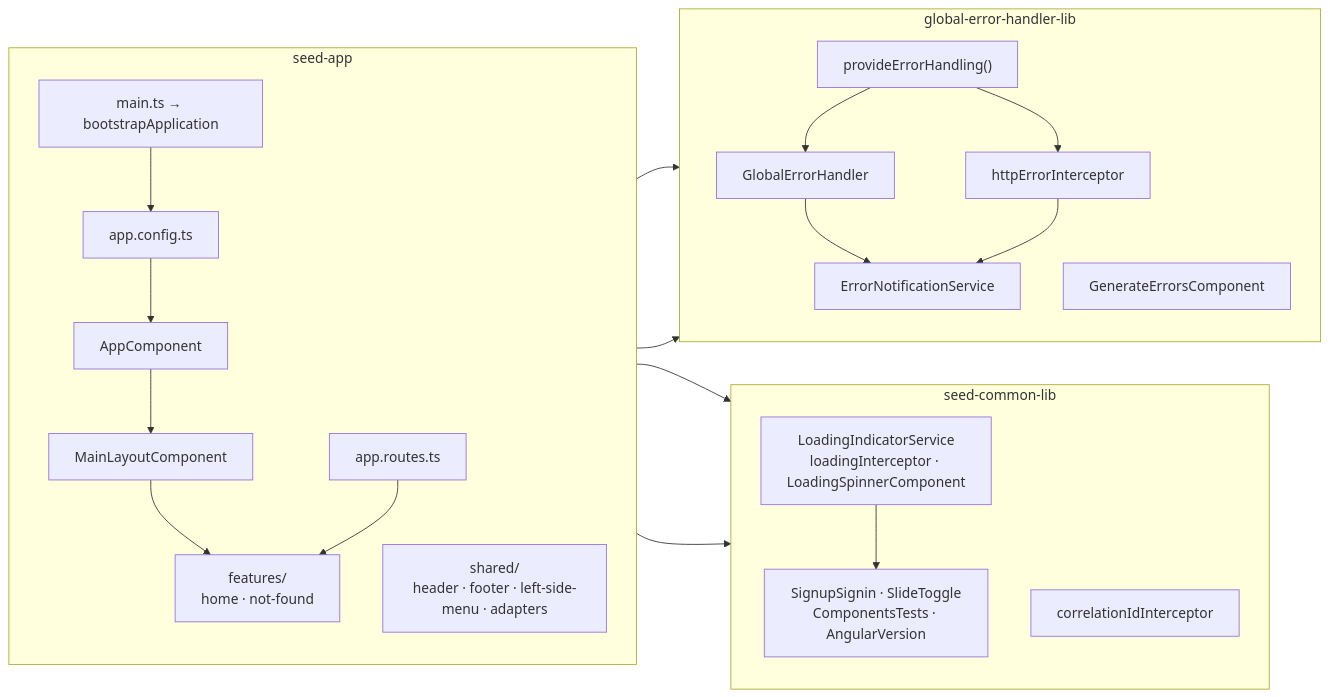
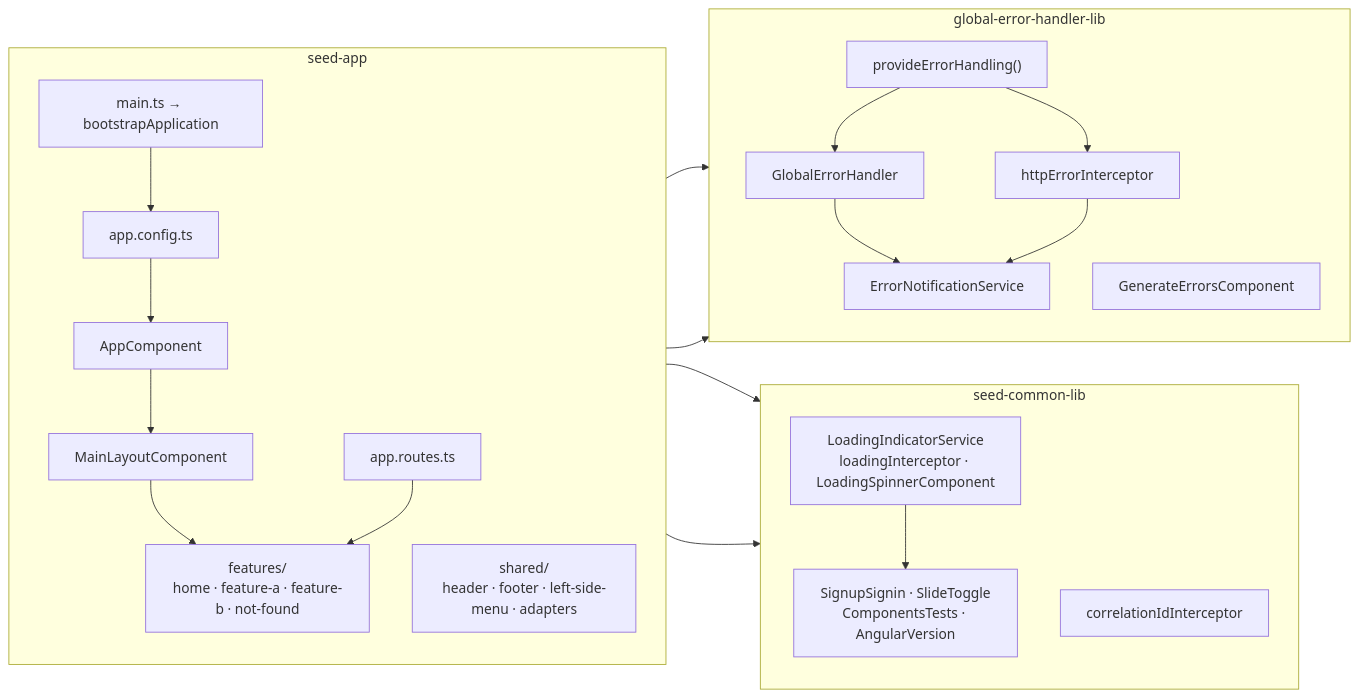
The second of 8 diagrams in README.md (lkovari/angular-seed), drawn with Mermaid before and after one commit. The commit also changed other lines of this file, not shown here.

````diff
--- a/README.md
+++ b/README.md
@@ -62,44 +62,44 @@
 ```mermaid
 graph LR
   subgraph seedApp["seed-app"]
     direction TB
     bootstrap["main.ts → bootstrapApplication"]
     config["app.config.ts"]
     root["AppComponent"]
     layout["MainLayoutComponent"]
-    features["features/<br/>home · not-found"]
+    features["features/<br/>home · feature-a · feature-b · not-found"]
     shared["shared/<br/>header · footer · left-side-menu · adapters"]
     routes["app.routes.ts"]
   end
 
   subgraph seedCommon["seed-common-lib"]
     direction TB
     loading["LoadingIndicatorService<br/>loadingInterceptor · LoadingSpinnerComponent"]
     correlation["correlationIdInterceptor"]
     ui["SignupSignin · SlideToggle<br/>ComponentsTests · AngularVersion"]
   end
 
   subgraph errorLib["global-error-handler-lib"]
     direction TB
     provider["provideErrorHandling()"]
     handler["GlobalErrorHandler"]
     httpErr["httpErrorInterceptor"]
     notify["ErrorNotificationService"]
     devTools["GenerateErrorsComponent"]
   end
 
   bootstrap --> config
   config --> root
   root --> layout
   layout --> features
   routes --> features
   root --> devTools
   config --> loading
   config --> correlation
   config --> provider
   provider --> handler
   provider --> httpErr
   handler --> notify
   httpErr --> notify
   loading --> ui
 ```
````
